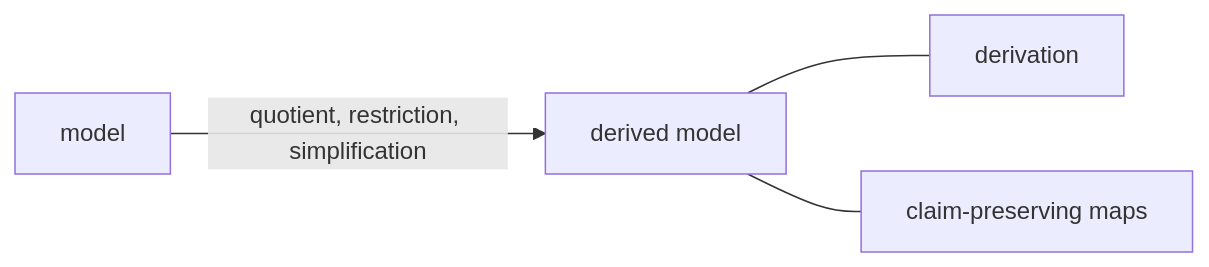
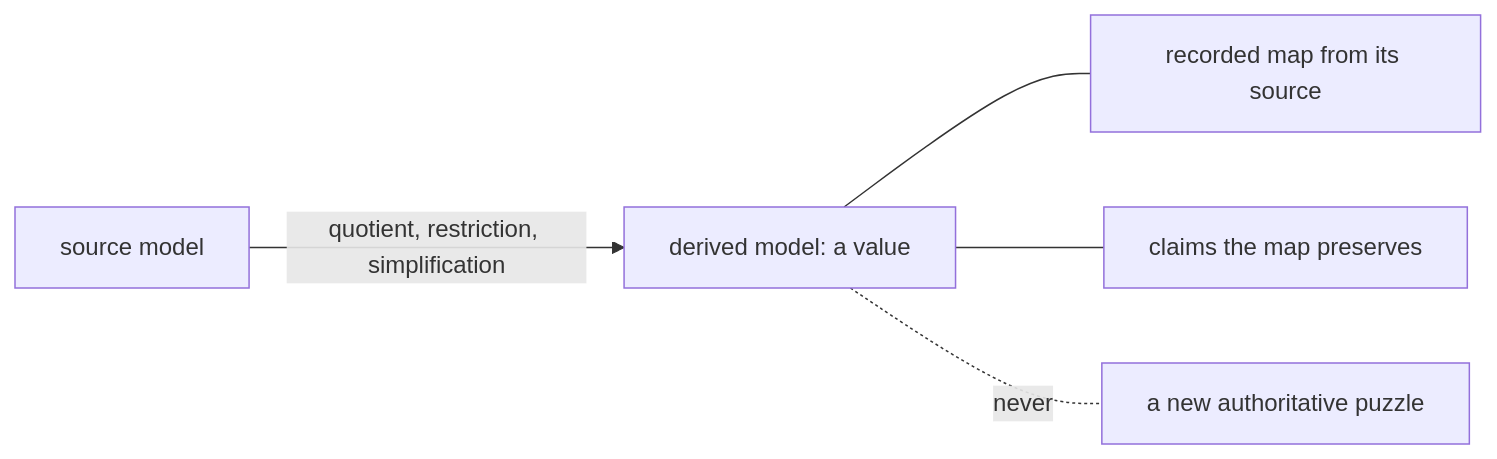
Before and after one commit to KonomiYuzu01/Magic-600-Cell: the diagram in docs/progress/1.0/glossary/diagrams/derived-model.mmd, drawn with Mermaid. The commit also changed 78 other files, not shown here.

```diff
--- a/docs/progress/1.0/glossary/diagrams/derived-model.mmd
+++ b/docs/progress/1.0/glossary/diagrams/derived-model.mmd
@@ -1,4 +1,5 @@
 flowchart LR
-  M[model] -->|quotient, restriction, simplification| D[derived model]
-  D --- Dv[derivation]
-  D --- C[claim-preserving maps]
+  M[source model] -->|quotient, restriction, simplification| D[derived model: a value]
+  D --- Mp[recorded map from its source]
+  D --- C[claims the map preserves]
+  D -. never .- A[a new authoritative puzzle]
```
